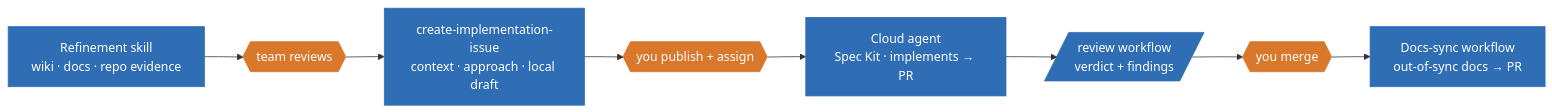
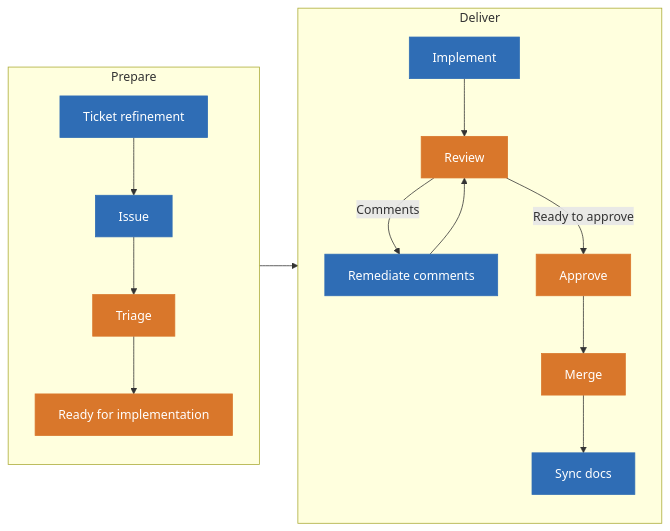
Before and after one commit to phammanh029/agentic-demo: the diagram in slides.md, drawn with Mermaid. The commit also changed other lines of this file and 2 other files, not shown here.

Commit message:
Refocus slides on Shop 6 agentic workflows and team responsibilities

````diff
--- a/slides.md
+++ b/slides.md
@@ -87,14 +46,23 @@
 ```mermaid
 flowchart LR
-  A[Refinement skill<br/>wiki · docs · repo evidence] --> R{{team reviews}}
-  R --> B[create-implementation-issue<br/>context · approach · local draft]
-  B --> S{{you publish + assign}}
-  S --> C[Cloud agent<br/>Spec Kit · implements → PR]
-  C --> D[/review workflow<br/>verdict + findings/]
-  D --> M{{you merge}}
-  M --> E[Docs-sync workflow<br/>out-of-sync docs → PR]
-  classDef person fill:#D9772B,stroke:#D9772B,color:#ffffff
+  subgraph Prepare
+    direction TB
+    A[Ticket refinement] --> B[Issue]
+    B --> C[Triage]
+    C --> D[Ready for implementation]
+  end
+  subgraph Deliver
+    direction TB
+    D --> E[Implement]
+    E --> F[Review]
+    F -->|Comments| G[Remediate comments]
+    G --> F
+    F -->|Ready to approve| H[Approve]
+    H --> I[Merge]
+    I --> J[Sync docs]
+  end
   classDef work fill:#2F6DB5,stroke:#2F6DB5,color:#ffffff
-  class A,B,C,D,E work
-  class R,S,M person
+  classDef gate fill:#D9772B,stroke:#D9772B,color:#ffffff
+  class A,B,E,G,J work
+  class C,D,F,H,I gate
 ```
````
